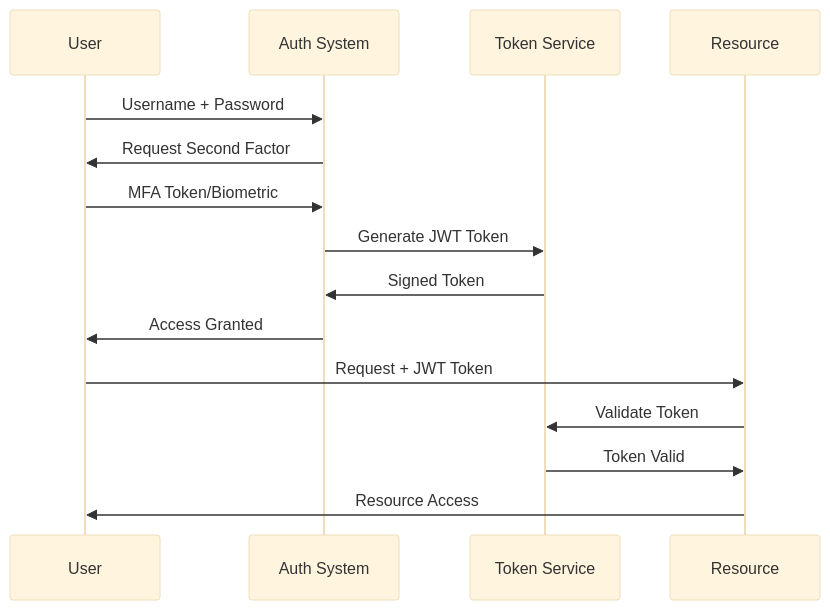
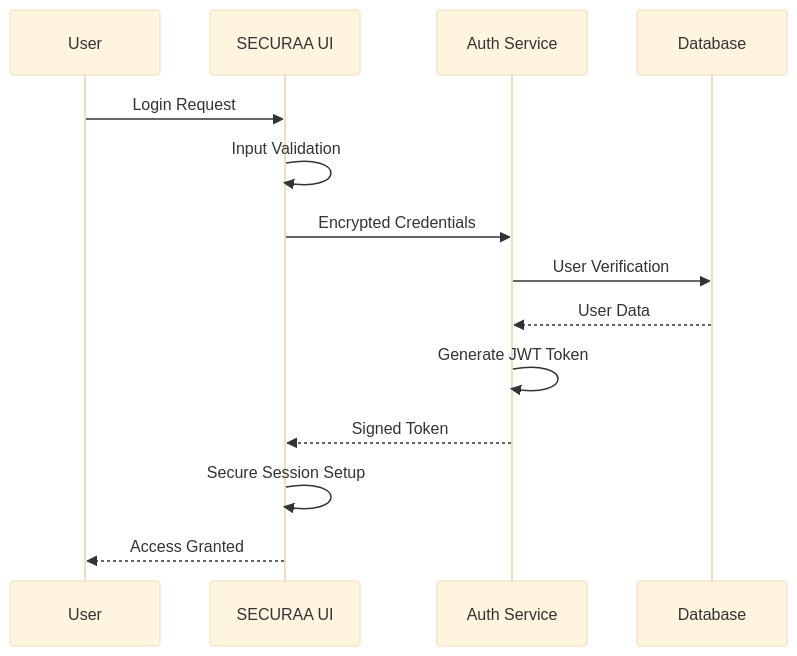
One commit to Vishwa0220/securaa-internal-documents changed the third of 6 diagrams in secura-customer-security-documentation.md. Above: the diagram before and after it, drawn with Mermaid (base theme). The commit also changed other lines of this file, not shown here.

````diff
--- a/secura-customer-security-documentation.md
+++ b/secura-customer-security-documentation.md
@@ -212,18 +248,17 @@
 ```mermaid
 sequenceDiagram
     participant U as User
-    participant A as Auth System
-    participant T as Token Service
-    participant R as Resource
+    participant UI as SECURAA UI
+    participant Auth as Auth Service
+    participant DB as Database
     
-    U->>A: Username + Password
-    A->>U: Request Second Factor
-    U->>A: MFA Token/Biometric
-    A->>T: Generate JWT Token
-    T->>A: Signed Token
-    A->>U: Access Granted
-    U->>R: Request + JWT Token
-    R->>T: Validate Token
-    T->>R: Token Valid
-    R->>U: Resource Access
+    U->>UI: Login Request
+    UI->>UI: Input Validation
+    UI->>Auth: Encrypted Credentials
+    Auth->>DB: User Verification
+    DB-->>Auth: User Data
+    Auth->>Auth: Generate JWT Token
+    Auth-->>UI: Signed Token
+    UI->>UI: Secure Session Setup
+    UI-->>U: Access Granted
 ```
````
